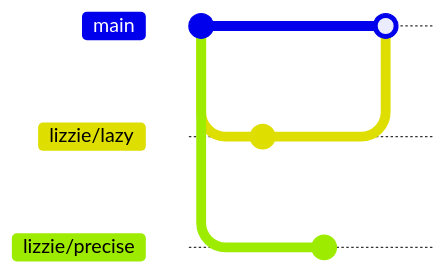
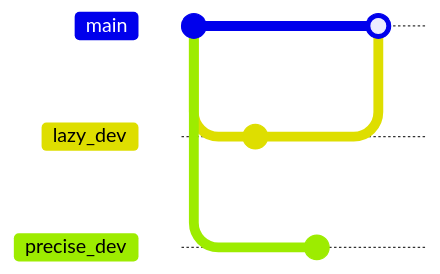
One commit to lizsalmon/iCSC-Git-talk changed diagram 14 of 17 in slides.md. Above: the diagram before and after it, drawn with Mermaid. The commit also changed other lines of this file, not shown here. Commit ids are hidden.

````diff
--- a/slides.md
+++ b/slides.md
@@ -993,12 +861,12 @@
 ```mermaid
 gitGraph
   commit
-  branch lizzie/lazy
-  branch lizzie/precise
-  checkout lizzie/lazy
+  branch lazy_dev
+  branch precise_dev
+  checkout lazy_dev
   commit
-  checkout lizzie/precise
+  checkout precise_dev
   commit
   checkout main 
-  merge lizzie/lazy
+  merge lazy_dev
 ```
````
